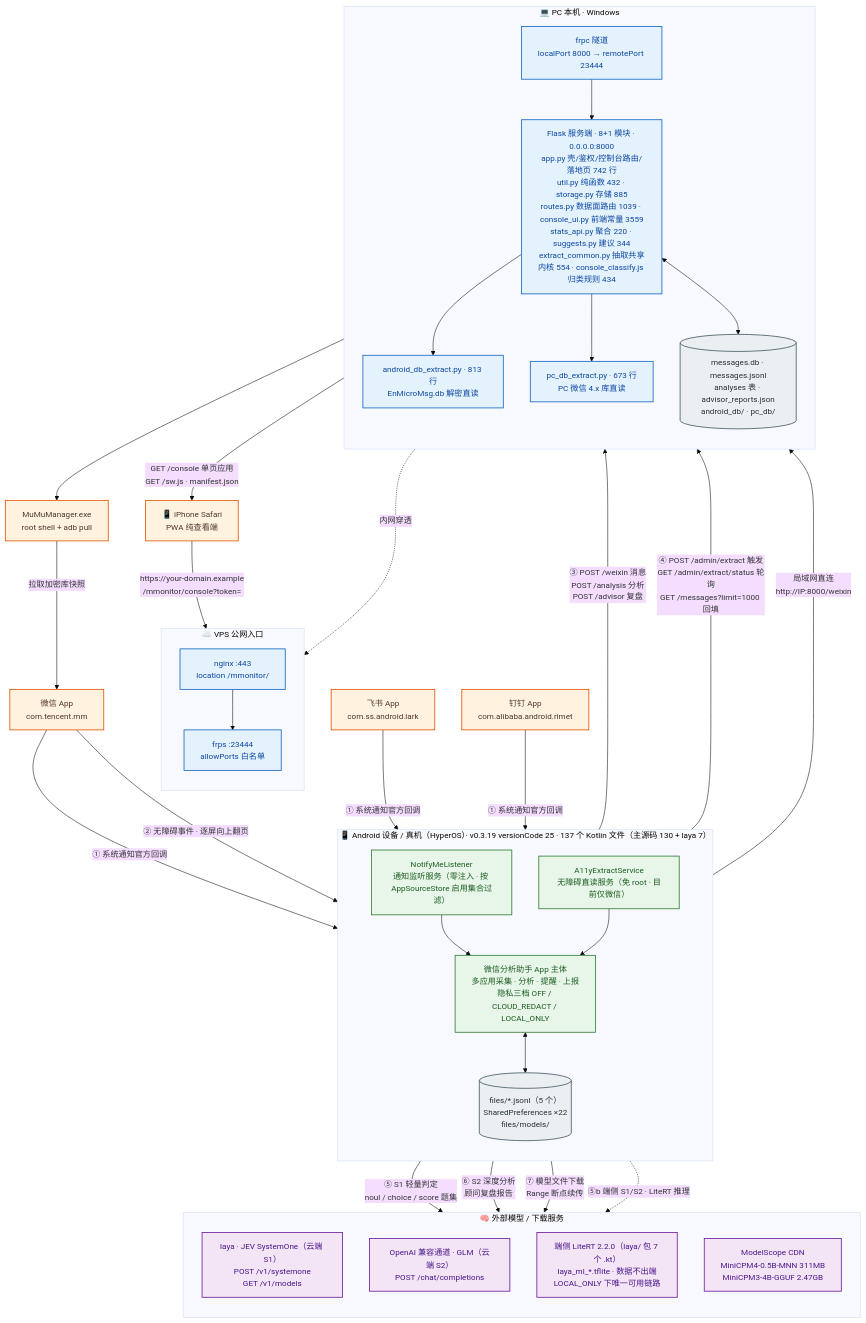
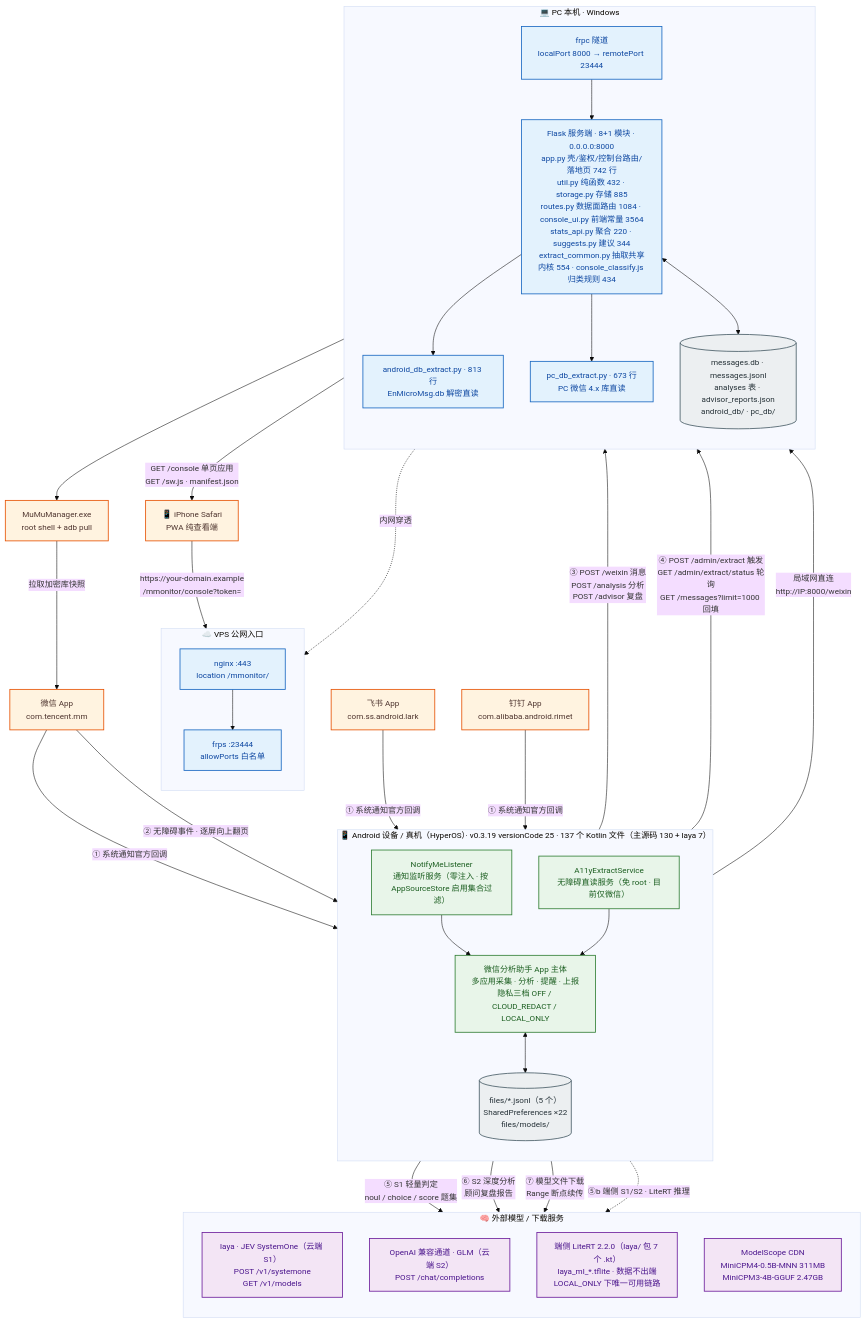
Before and after one commit to solidjoker/notifyme: the diagram in docs/architecture/diagrams/01-system-context.mmd, drawn with Mermaid. The commit also changed 14 other files, not shown here.

```diff
--- a/docs/architecture/diagrams/01-system-context.mmd
+++ b/docs/architecture/diagrams/01-system-context.mmd
@@ -1,70 +1,70 @@
 %%{init: {'theme':'base','themeVariables':{'fontSize':'15px','fontFamily':'Microsoft YaHei, PingFang SC, sans-serif'},'flowchart':{'htmlLabels':true,'curve':'basis'}}}%%
 flowchart TB
     classDef ext  fill:#fff3e0,stroke:#e65100,stroke-width:1.5px,color:#4e342e
     classDef app  fill:#e8f5e9,stroke:#2e7d32,stroke-width:1.5px,color:#1b5e20
     classDef srv  fill:#e3f2fd,stroke:#1565c0,stroke-width:1.5px,color:#0d47a1
     classDef llm  fill:#f3e5f5,stroke:#6a1b9a,stroke-width:1.5px,color:#4a148c
     classDef store fill:#eceff1,stroke:#455a64,stroke-width:1.5px,color:#263238
 
     WX["微信 App<br/>com.tencent.mm"]:::ext
     FS["飞书 App<br/>com.ss.android.lark"]:::ext
     DT["钉钉 App<br/>com.alibaba.android.rimet"]:::ext
 
     subgraph DEV["📱 Android 设备 / 真机（HyperOS）· v0.3.19 versionCode 25 · 137 个 Kotlin 文件（主源码 130 + laya 7）"]
         direction TB
         NL["NotifyMeListener<br/>通知监听服务（零注入 · 按 AppSourceStore 启用集合过滤）"]:::app
         A11Y["A11yExtractService<br/>无障碍直读服务（免 root · 目前仅微信）"]:::app
         CORE["微信分析助手 App 主体<br/>多应用采集 · 分析 · 提醒 · 上报<br/>隐私三档 OFF / CLOUD_REDACT / LOCAL_ONLY"]:::app
         STORE[("files/*.jsonl（5 个）<br/>SharedPreferences ×22<br/>files/models/")]:::store
         NL --> CORE
         A11Y --> CORE
         CORE <--> STORE
     end
 
     subgraph HOST["💻 PC 本机 · Windows"]
         direction TB
-        FLASK["Flask 服务端 · 8+1 模块 · 0.0.0.0:8000<br/>app.py 壳/鉴权/控制台路由/落地页 742 行<br/>util.py 纯函数 432 · storage.py 存储 885<br/>routes.py 数据面路由 1039 · console_ui.py 前端常量 3559<br/>stats_api.py 聚合 220 · suggests.py 建议 344<br/>extract_common.py 抽取共享内核 554 · console_classify.js 归类规则 434"]:::srv
+        FLASK["Flask 服务端 · 8+1 模块 · 0.0.0.0:8000<br/>app.py 壳/鉴权/控制台路由/落地页 742 行<br/>util.py 纯函数 432 · storage.py 存储 885<br/>routes.py 数据面路由 1084 · console_ui.py 前端常量 3564<br/>stats_api.py 聚合 220 · suggests.py 建议 344<br/>extract_common.py 抽取共享内核 554 · console_classify.js 归类规则 434"]:::srv
         ADBEX["android_db_extract.py · 813 行<br/>EnMicroMsg.db 解密直读"]:::srv
         PCEX["pc_db_extract.py · 673 行<br/>PC 微信 4.x 库直读"]:::srv
         DB[("messages.db · messages.jsonl<br/>analyses 表 · advisor_reports.json<br/>android_db/ · pc_db/")]:::store
         FRPC["frpc 隧道<br/>localPort 8000 → remotePort 23444"]:::srv
         FLASK --> ADBEX
         FLASK --> PCEX
         FLASK <--> DB
         FRPC --> FLASK
     end
 
     subgraph VPS["☁️ VPS 公网入口"]
         direction TB
         NGINX["nginx :443<br/>location /mmonitor/"]:::srv
         FRPS["frps :23444<br/>allowPorts 白名单"]:::srv
         NGINX --> FRPS
     end
 
     subgraph AI["🧠 外部模型 / 下载服务"]
         direction TB
         LAYA["laya · JEV SystemOne（云端 S1）<br/>POST /v1/systemone<br/>GET /v1/models"]:::llm
         GLM["OpenAI 兼容通道 · GLM（云端 S2）<br/>POST /chat/completions"]:::llm
         LITE["端侧 LiteRT 2.2.0（laya/ 包 7 个 .kt）<br/>laya_ml_*.tflite · 数据不出端<br/>LOCAL_ONLY 下唯一可用链路"]:::llm
         MS["ModelScope CDN<br/>MiniCPM4-0.5B-MNN 311MB<br/>MiniCPM3-4B-GGUF 2.47GB"]:::llm
     end
 
     MUMU["MuMuManager.exe<br/>root shell + adb pull"]:::ext
     IPHONE["📱 iPhone Safari<br/>PWA 纯查看端"]:::ext
 
     WX -->|"① 系统通知官方回调"| NL
     FS -->|"① 系统通知官方回调"| NL
     DT -->|"① 系统通知官方回调"| NL
     WX -->|"② 无障碍事件 · 逐屏向上翻页"| A11Y
     CORE -->|"③ POST /weixin 消息<br/>POST /analysis 分析<br/>POST /advisor 复盘"| FLASK
     CORE -->|"④ POST /admin/extract 触发<br/>GET /admin/extract/status 轮询<br/>GET /messages?limit=1000 回填"| FLASK
     CORE -->|"⑤ S1 轻量判定<br/>noul / choice / score 题集"| LAYA
     CORE -->|"⑥ S2 深度分析<br/>顾问复盘报告"| GLM
     CORE -->|"⑦ 模型文件下载<br/>Range 断点续传"| MS
     CORE -.->|"⑤b 端侧 S1/S2 · LiteRT 推理"| LITE
     ADBEX --> MUMU
     MUMU -->|"拉取加密库快照"| WX
     CORE -->|"局域网直连<br/>http://IP:8000/weixin"| FLASK
     FRPC -.->|"内网穿透"| FRPS
     IPHONE -->|"https://your-domain.example<br/>/mmonitor/console?token="| NGINX
     FLASK -->|"GET /console 单页应用<br/>GET /sw.js · manifest.json"| IPHONE
```
